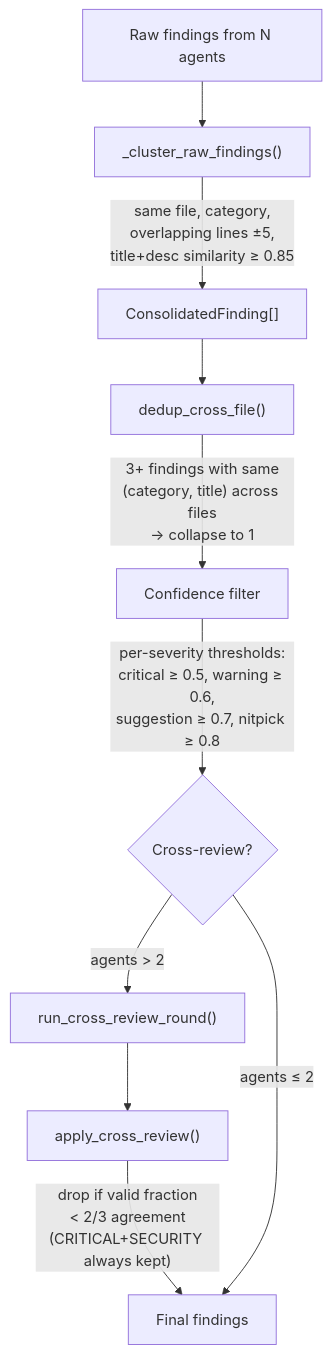
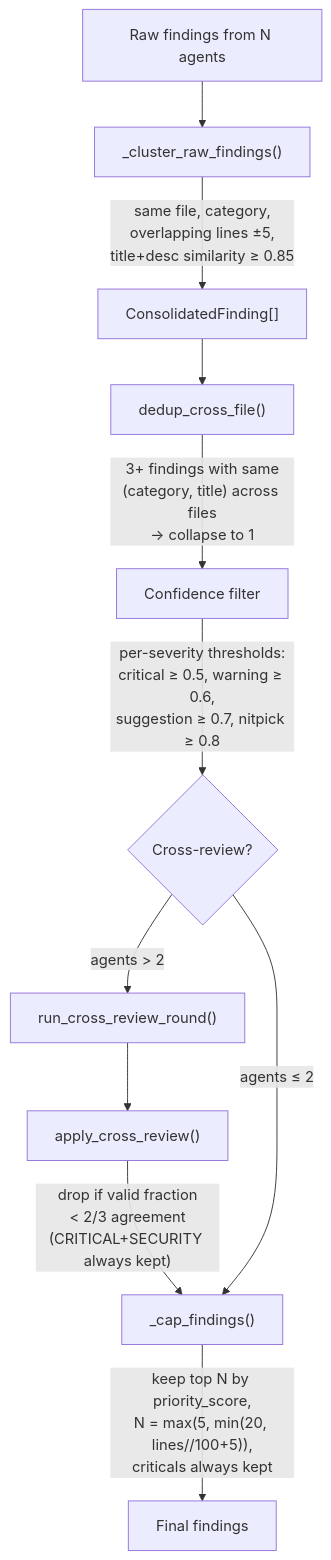
Before and after one commit to calimero-network/ai-code-reviewer: the third of 7 diagrams in docs/ARCHITECTURE.md, drawn with Mermaid. The commit also changed other lines of this file and 5 other files, not shown here.

````diff
--- a/docs/ARCHITECTURE.md
+++ b/docs/ARCHITECTURE.md
@@ -160,13 +162,14 @@
 ```mermaid
 flowchart TD
     Raw["Raw findings from N agents"]
     Raw --> Cluster["_cluster_raw_findings()"]
     Cluster --> |"same file, category,\noverlapping lines ±5,\ntitle+desc similarity ≥ 0.85"| Merged["ConsolidatedFinding[]"]
     Merged --> Dedup["dedup_cross_file()"]
     Dedup --> |"3+ findings with same\n(category, title) across files\n→ collapse to 1"| Filtered["Confidence filter"]
     Filtered --> |"per-severity thresholds:\ncritical ≥ 0.5, warning ≥ 0.6,\nsuggestion ≥ 0.7, nitpick ≥ 0.8"| XR{"Cross-review?"}
     XR -- "agents > 2" --> CrossReview["run_cross_review_round()"]
     CrossReview --> Apply["apply_cross_review()"]
-    Apply --> |"drop if valid fraction\n< 2/3 agreement\n(CRITICAL+SECURITY always kept)"| Final["Final findings"]
-    XR -- "agents ≤ 2" --> Final
+    Apply --> |"drop if valid fraction\n< 2/3 agreement\n(CRITICAL+SECURITY always kept)"| Cap["_cap_findings()"]
+    XR -- "agents ≤ 2" --> Cap
+    Cap --> |"keep top N by priority_score,\nN = max(5, min(20, lines//100+5)),\ncriticals always kept"| Final["Final findings"]
 ```
````
